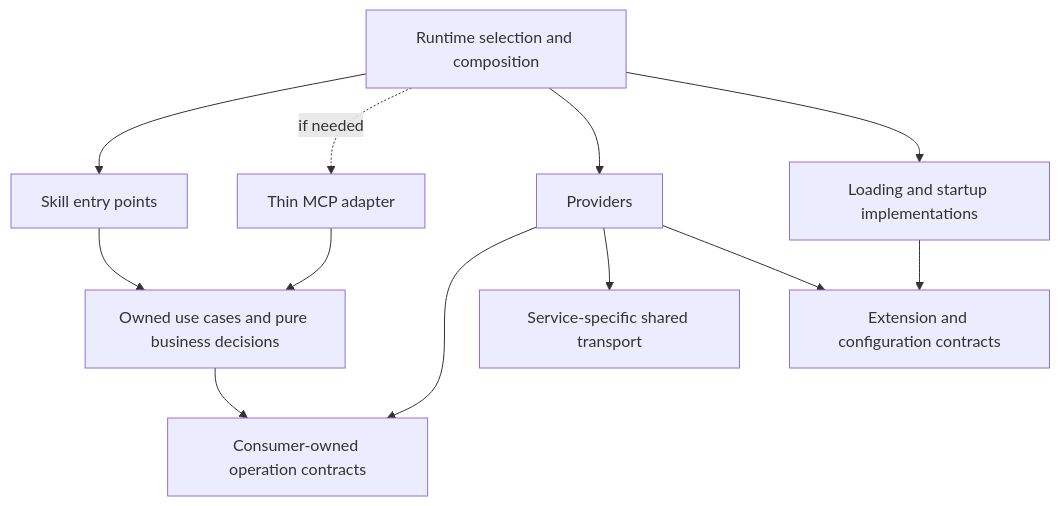
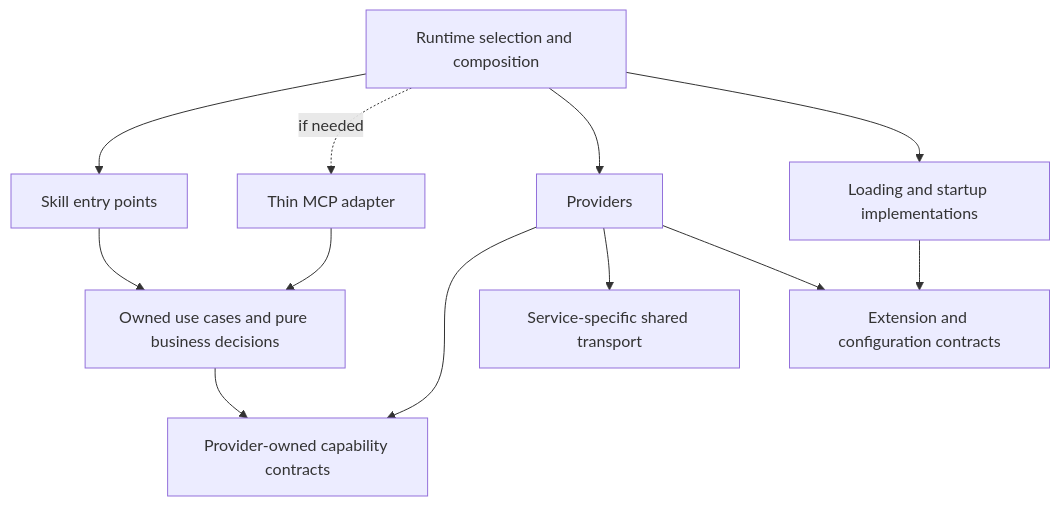
One commit to flair-agency/live-agency changed the second of 2 diagrams in docs/migration/v2-plan.md. Above: the diagram before and after it, drawn with Mermaid. The commit also changed other lines of this file and 11 other files, not shown here.

Commit message:
Adopt Provider-owned contracts and verify independent package boundaries

````diff
--- a/docs/migration/v2-plan.md
+++ b/docs/migration/v2-plan.md
@@ -94,14 +94,14 @@
 ```mermaid
 flowchart TB
   R[Runtime selection and composition] --> S[Skill entry points]
   R -. if needed .-> M[Thin MCP adapter]
   R --> P[Providers]
   R --> H[Loading and startup implementations]
   S --> U[Owned use cases and pure business decisions]
   M --> U
-  U --> C[Consumer-owned operation contracts]
+  U --> C[Provider-owned capability contracts]
   P --> C
   P --> I[Service-specific shared transport]
   H --> K[Extension and configuration contracts]
   P --> K
 ```
````
